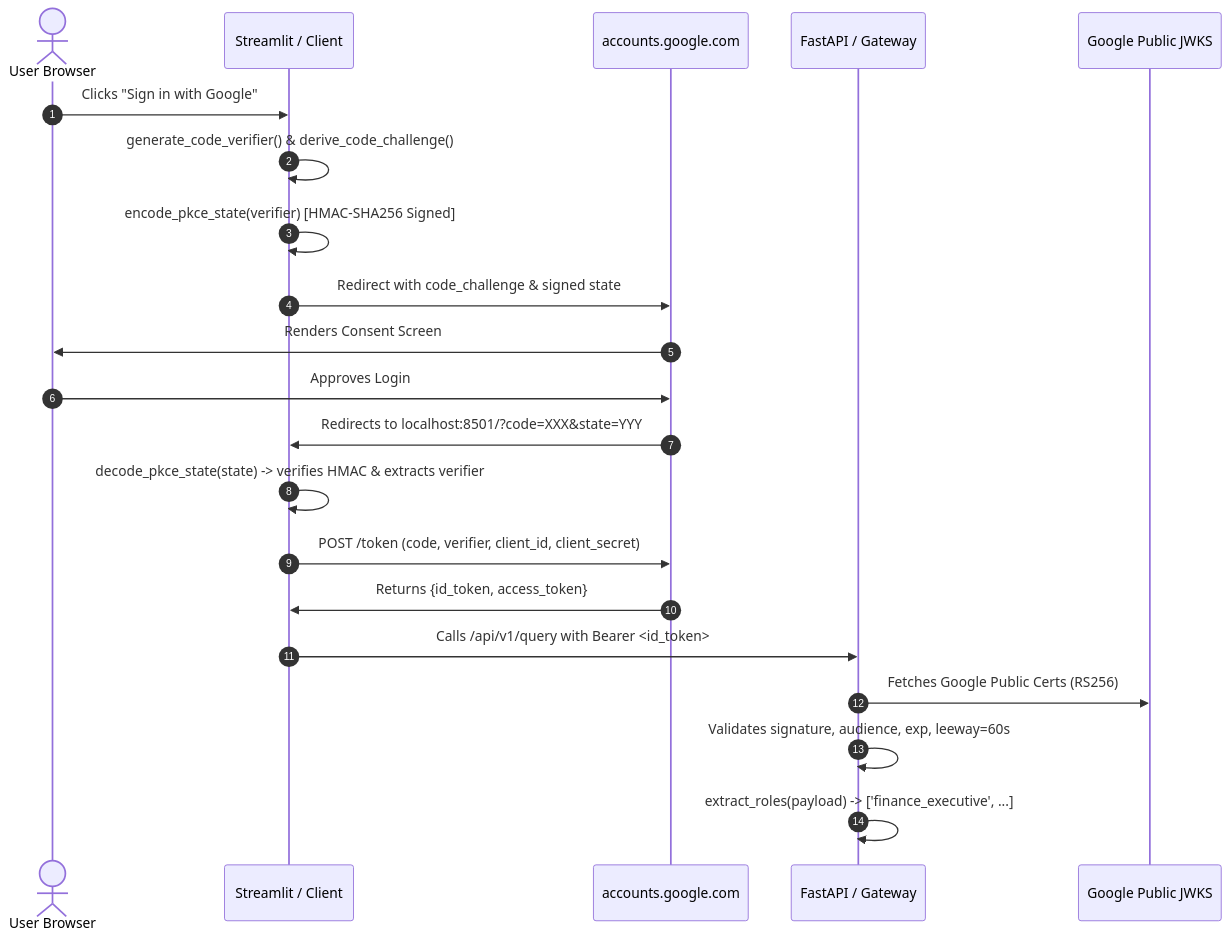
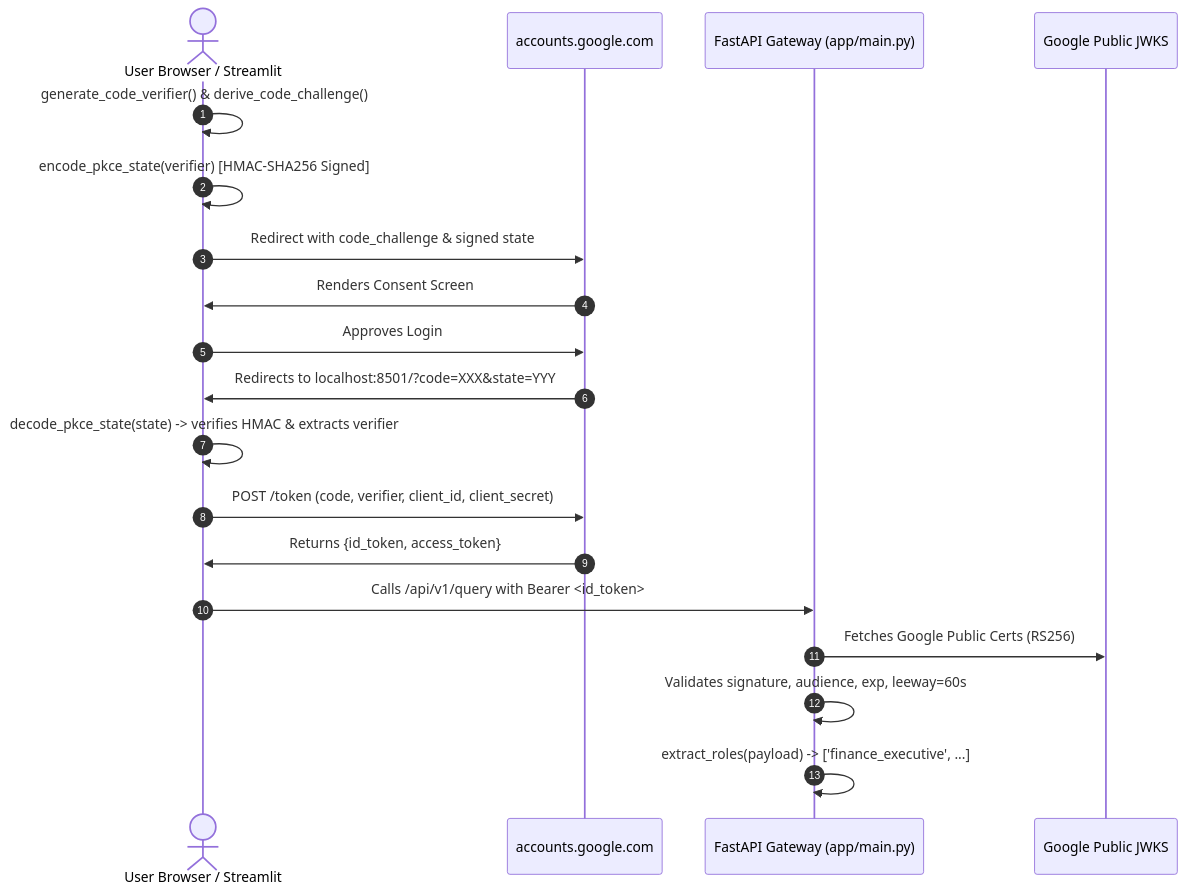
One commit to Kenono2000/enterprise-rag-pgvector-rbac changed the first of 3 diagrams in project_technical_guide.md. Above: the diagram before and after it, drawn with Mermaid. The commit also changed other lines of this file and 1 other file, not shown here.

````diff
--- a/project_technical_guide.md
+++ b/project_technical_guide.md
@@ -97,24 +176,22 @@
 ```mermaid
 sequenceDiagram
     autonumber
-    actor User as User Browser
-    participant App as Streamlit / Client
+    actor User as User Browser / Streamlit
     participant Google as accounts.google.com
-    participant API as FastAPI / Gateway
+    participant API as FastAPI Gateway (app/main.py)
     participant JWKS as Google Public JWKS
 
-    User->>App: Clicks "Sign in with Google"
-    App->>App: generate_code_verifier() & derive_code_challenge()
-    App->>App: encode_pkce_state(verifier) [HMAC-SHA256 Signed]
-    App->>Google: Redirect with code_challenge & signed state
+    User->>User: generate_code_verifier() & derive_code_challenge()
+    User->>User: encode_pkce_state(verifier) [HMAC-SHA256 Signed]
+    User->>Google: Redirect with code_challenge & signed state
     Google->>User: Renders Consent Screen
     User->>Google: Approves Login
-    Google->>App: Redirects to localhost:8501/?code=XXX&state=YYY
-    App->>App: decode_pkce_state(state) -> verifies HMAC & extracts verifier
-    App->>Google: POST /token (code, verifier, client_id, client_secret)
-    Google->>App: Returns {id_token, access_token}
-    App->>API: Calls /api/v1/query with Bearer <id_token>
+    Google->>User: Redirects to localhost:8501/?code=XXX&state=YYY
+    User->>User: decode_pkce_state(state) -> verifies HMAC & extracts verifier
+    User->>Google: POST /token (code, verifier, client_id, client_secret)
+    Google->>User: Returns {id_token, access_token}
+    User->>API: Calls /api/v1/query with Bearer <id_token>
     API->>JWKS: Fetches Google Public Certs (RS256)
     API->>API: Validates signature, audience, exp, leeway=60s
     API->>API: extract_roles(payload) -> ['finance_executive', ...]
 ```
````
